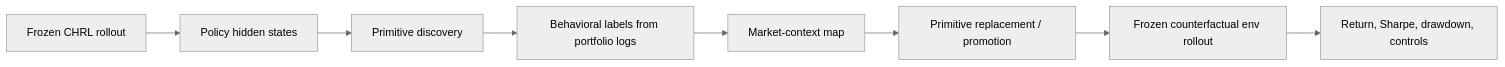
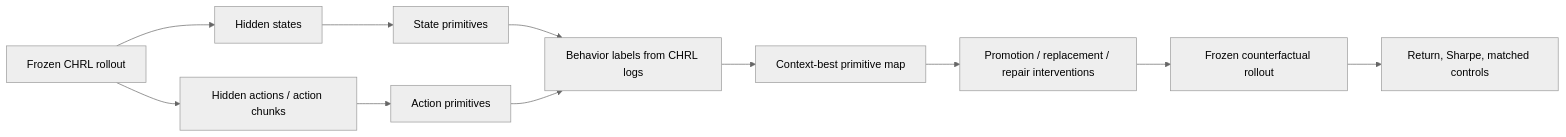
Before and after one commit to Sqaard/Interpretable-CHRL: the diagram in README.md, drawn with Mermaid (neutral theme). The commit also changed other lines of this file and 7 other files, not shown here.

````diff
--- a/README.md
+++ b/README.md
@@ -73,10 +88,13 @@
 ```mermaid
 flowchart LR
-    A["Frozen CHRL rollout"] --> B["Policy hidden states"]
-    B --> C["Primitive discovery"]
-    C --> D["Behavioral labels from portfolio logs"]
-    D --> E["Market-context map"]
-    E --> F["Primitive replacement / promotion"]
-    F --> G["Frozen counterfactual env rollout"]
-    G --> H["Return, Sharpe, drawdown, controls"]
+    A["Frozen CHRL rollout"] --> B["Hidden states"]
+    A --> C["Hidden actions / action chunks"]
+    B --> D["State primitives"]
+    C --> E["Action primitives"]
+    D --> F["Behavior labels from CHRL logs"]
+    E --> F
+    F --> G["Context-best primitive map"]
+    G --> H["Promotion / replacement / repair interventions"]
+    H --> I["Frozen counterfactual rollout"]
+    I --> J["Return, Sharpe, matched controls"]
 ```
````
